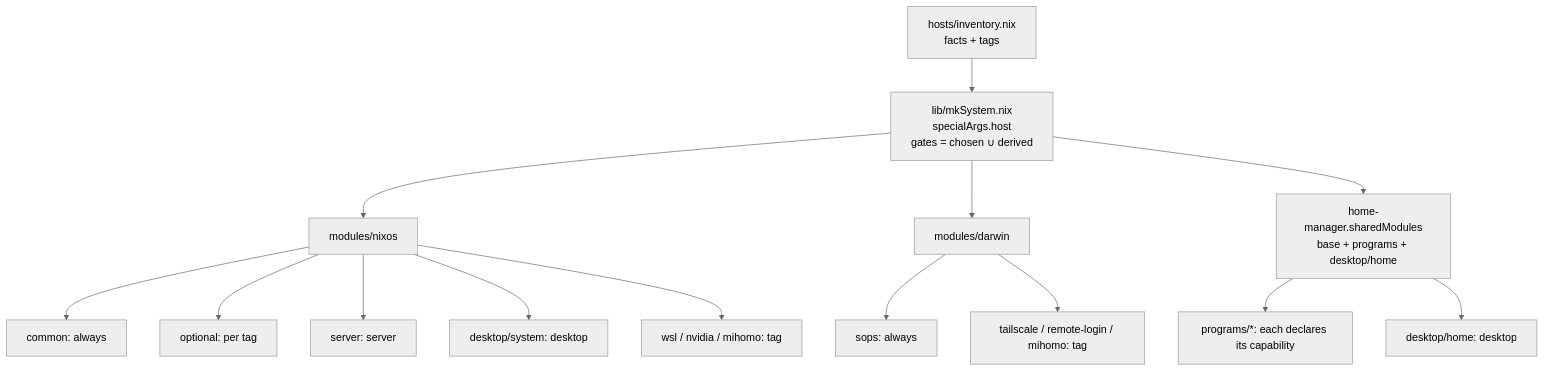
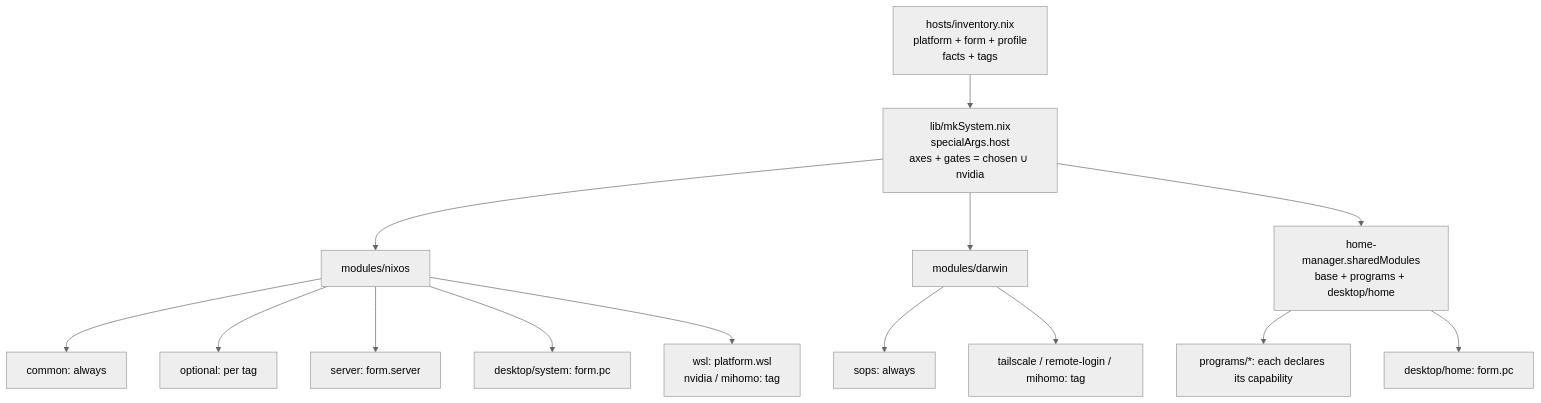
One commit to zineyu/nixos-config changed the diagram in CONTEXT.md. Above: the diagram before and after it, drawn with Mermaid (neutral theme). The commit also changed other lines of this file and 79 other files, not shown here.

````diff
--- a/CONTEXT.md
+++ b/CONTEXT.md
@@ -71,16 +72,16 @@
 ```mermaid
 graph TD
-    Inv["hosts/inventory.nix<br/>facts + tags"] --> Mk["lib/mkSystem.nix<br/>specialArgs.host<br/>gates = chosen ∪ derived"]
+    Inv["hosts/inventory.nix<br/>platform + form + profile<br/>facts + tags"] --> Mk["lib/mkSystem.nix<br/>specialArgs.host<br/>axes + gates = chosen ∪ nvidia"]
     Mk --> Nix["modules/nixos"]
     Mk --> Dar["modules/darwin"]
     Mk --> HM["home-manager.sharedModules<br/>base + programs + desktop/home"]
     Nix --> G1["common: always"]
     Nix --> G2["optional: per tag"]
-    Nix --> G3["server: server"]
-    Nix --> G4["desktop/system: desktop"]
-    Nix --> G5["wsl / nvidia / mihomo: tag"]
+    Nix --> G3["server: form.server"]
+    Nix --> G4["desktop/system: form.pc"]
+    Nix --> G5["wsl: platform.wsl<br/>nvidia / mihomo: tag"]
     Dar --> G6["sops: always"]
     Dar --> G7["tailscale / remote-login / mihomo: tag"]
     HM --> G8["programs/*: each declares its capability"]
-    HM --> G9["desktop/home: desktop"]
+    HM --> G9["desktop/home: form.pc"]
 ```
````
